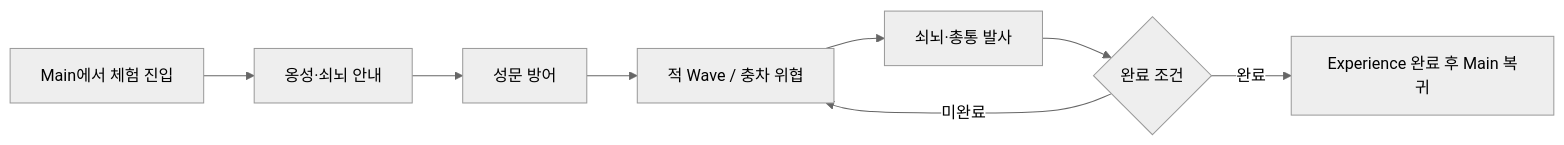
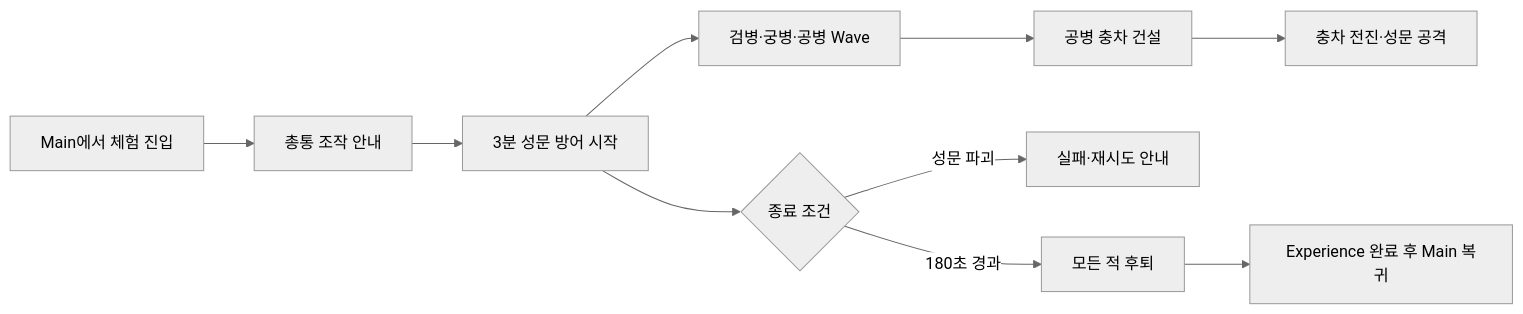
The second of 2 diagrams in docs/OngseongCrossbow/ARCHITECTURE.md (jihoon-c/SuwonSiegeContestVR), drawn with Mermaid (neutral theme) before and after one commit. The commit also changed other lines of this file, not shown here.

````diff
--- a/docs/OngseongCrossbow/ARCHITECTURE.md
+++ b/docs/OngseongCrossbow/ARCHITECTURE.md
@@ -108,10 +108,12 @@
 ```mermaid
 flowchart LR
-    ENTER[Main에서 체험 진입] --> INTRO[옹성·쇠뇌 안내]
-    INTRO --> DEFEND[성문 방어]
-    DEFEND --> WAVE[적 Wave / 충차 위협]
-    WAVE --> FIRE[쇠뇌·총통 발사]
-    FIRE --> CHECK{완료 조건}
-    CHECK -->|미완료| WAVE
-    CHECK -->|완료| COMPLETE[Experience 완료 후 Main 복귀]
+    ENTER[Main에서 체험 진입] --> INTRO[총통 조작 안내]
+    INTRO --> DEFEND[3분 성문 방어 시작]
+    DEFEND --> WAVES[검병·궁병·공병 Wave]
+    WAVES --> ENGINEER[공병 충차 건설]
+    ENGINEER --> RAM[충차 전진·성문 공격]
+    DEFEND --> CHECK{종료 조건}
+    CHECK -->|성문 파괴| FAIL[실패·재시도 안내]
+    CHECK -->|180초 경과| RETREAT[모든 적 후퇴]
+    RETREAT --> COMPLETE[Experience 완료 후 Main 복귀]
 ```
````
